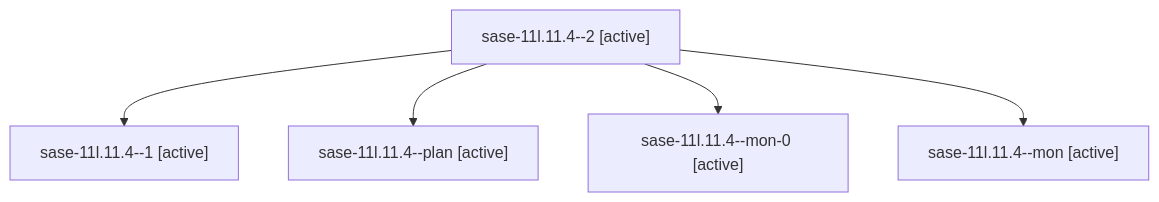
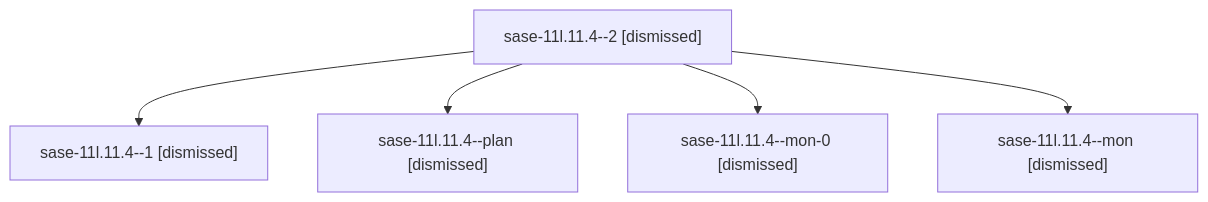
Before and after one commit to sase-org/sase--agents: the diagram in sessions/bbugyi200.athena.sase-11l.11.4.md, drawn with Mermaid. The commit also changed other lines of this file and 204 other files, not shown here.

````diff
--- a/sessions/bbugyi200.athena.sase-11l.11.4.md
+++ b/sessions/bbugyi200.athena.sase-11l.11.4.md
@@ -9,12 +9,12 @@
 ```mermaid
 flowchart TD
-  n0["sase-11l.11.4--2 [active]"]
-  n1["sase-11l.11.4--1 [active]"]
+  n0["sase-11l.11.4--2 [dismissed]"]
+  n1["sase-11l.11.4--1 [dismissed]"]
   n0 --> n1
-  n2["sase-11l.11.4--plan [active]"]
+  n2["sase-11l.11.4--plan [dismissed]"]
   n0 --> n2
-  n3["sase-11l.11.4--mon-0 [active]"]
+  n3["sase-11l.11.4--mon-0 [dismissed]"]
   n0 --> n3
-  n4["sase-11l.11.4--mon [active]"]
+  n4["sase-11l.11.4--mon [dismissed]"]
   n0 --> n4
 ```
````
